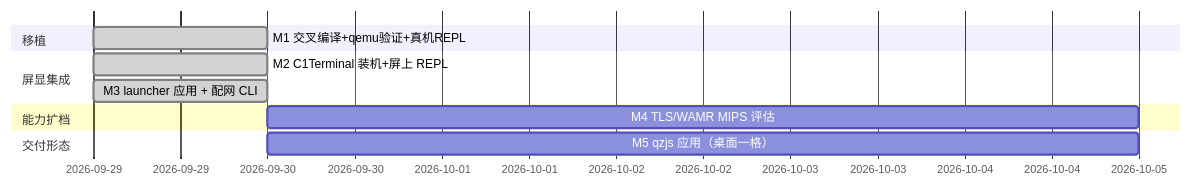
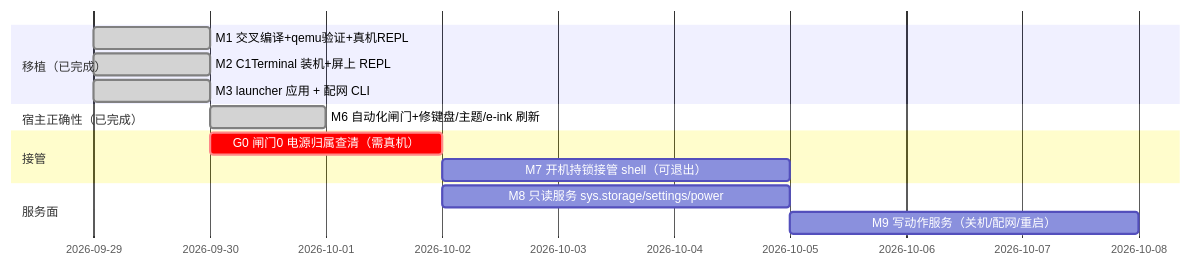
Before and after one commit to adam-ikari/qzos: the diagram in brain/roadmap.md, drawn with Mermaid. The commit also changed other lines of this file, not shown here.

First line of the commit message:
brain(roadmap): 主线切到 qzos 作为系统接管；新增闸门 0（电源归属）

````diff
--- a/brain/roadmap.md
+++ b/brain/roadmap.md
@@ -12,13 +13,16 @@
 ```mermaid
 gantt
   dateFormat YYYY-MM-DD
-  section 移植
+  section 移植（已完成）
   M1 交叉编译+qemu验证+真机REPL :done, m1, 2026-09-29, 1d
-  section 屏显集成
   M2 C1Terminal 装机+屏上 REPL   :done, m2, 2026-09-29, 1d
   M3 launcher 应用 + 配网 CLI     :done, m3, 2026-09-29, 1d
-  section 能力扩档
-  M4 TLS/WAMR MIPS 评估           :m4, after m3, 5d
-  section 交付形态
-  M5 qzjs 应用（桌面一格）        :m5, after m3, 5d
+  section 宿主正确性（已完成）
+  M6 自动化闸门+修键盘/主题/e-ink 刷新 :done, m6, 2026-09-30, 1d
+  section 接管
+  G0 闸门0 电源归属查清（需真机）   :crit, g0, 2026-09-30, 2d
+  M7 开机持锁接管 shell（可退出）    :m7, after g0, 3d
+  section 服务面
+  M8 只读服务 sys.storage/settings/power :m8, after g0, 3d
+  M9 写动作服务（关机/配网/重启）    :m9, after m8, 3d
 ```
````
